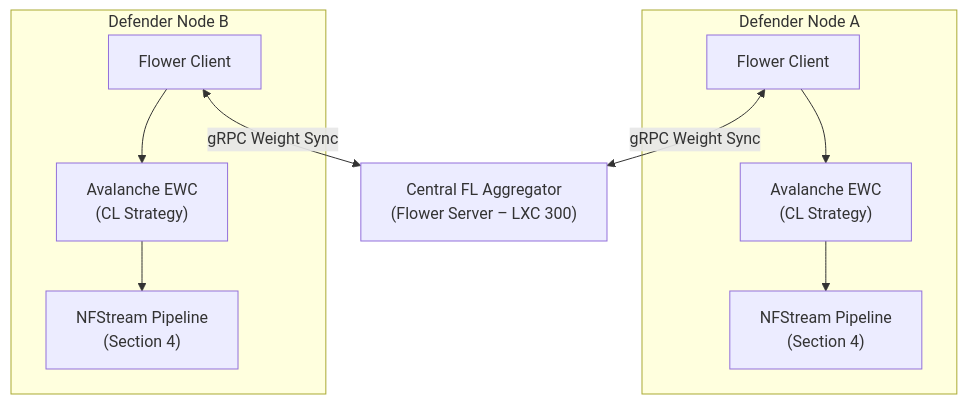
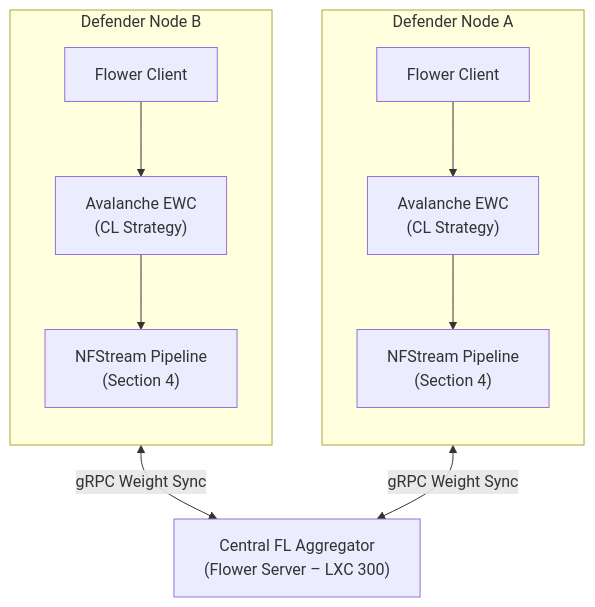
The third of 4 diagrams in docs/02_architecture.md (rhaffle87/fl-cl), drawn with Mermaid before and after one commit. The commit also changed other lines of this file and 30 other files, not shown here.

Commit message:
feat: implement multi-architecture threat classification models and expand project documentation infrastructure

````diff
--- a/docs/02_architecture.md
+++ b/docs/02_architecture.md
@@ -190,25 +194,27 @@
 ```mermaid
-graph TD
- Aggregator["Central FL Aggregator<br/>(Flower Server – LXC 300)"]
- 
- subgraph DefenderA ["Defender Node A"]
- ClientA["Flower Client"]
- CL_A["Avalanche EWC<br/>(CL Strategy)"]
- PipeA["NFStream Pipeline<br/>(Section 4)"]
- 
- ClientA --> CL_A
- CL_A --> PipeA
- end
+flowchart TD
+    Aggregator["Central FL Aggregator<br/>(Flower Server – LXC 300)"]
 
- subgraph DefenderB ["Defender Node B"]
- ClientB["Flower Client"]
- CL_B["Avalanche EWC<br/>(CL Strategy)"]
- PipeB["NFStream Pipeline<br/>(Section 4)"]
- 
- ClientB --> CL_B
- CL_B --> PipeB
- end
+    subgraph DefenderA ["Defender Node A"]
+        direction TB
+        ClientA["Flower Client"]
+        CL_A["Avalanche EWC<br/>(CL Strategy)"]
+        PipeA["NFStream Pipeline<br/>(Section 4)"]
 
- ClientA <-->|gRPC Weight Sync| Aggregator
- ClientB <-->|gRPC Weight Sync| Aggregator
+        ClientA --> CL_A
+        CL_A --> PipeA
+    end
+
+    subgraph DefenderB ["Defender Node B"]
+        direction TB
+        ClientB["Flower Client"]
+        CL_B["Avalanche EWC<br/>(CL Strategy)"]
+        PipeB["NFStream Pipeline<br/>(Section 4)"]
+
+        ClientB --> CL_B
+        CL_B --> PipeB
+    end
+
+    ClientA <-->|gRPC Weight Sync| Aggregator
+    ClientB <-->|gRPC Weight Sync| Aggregator
 ```
````
